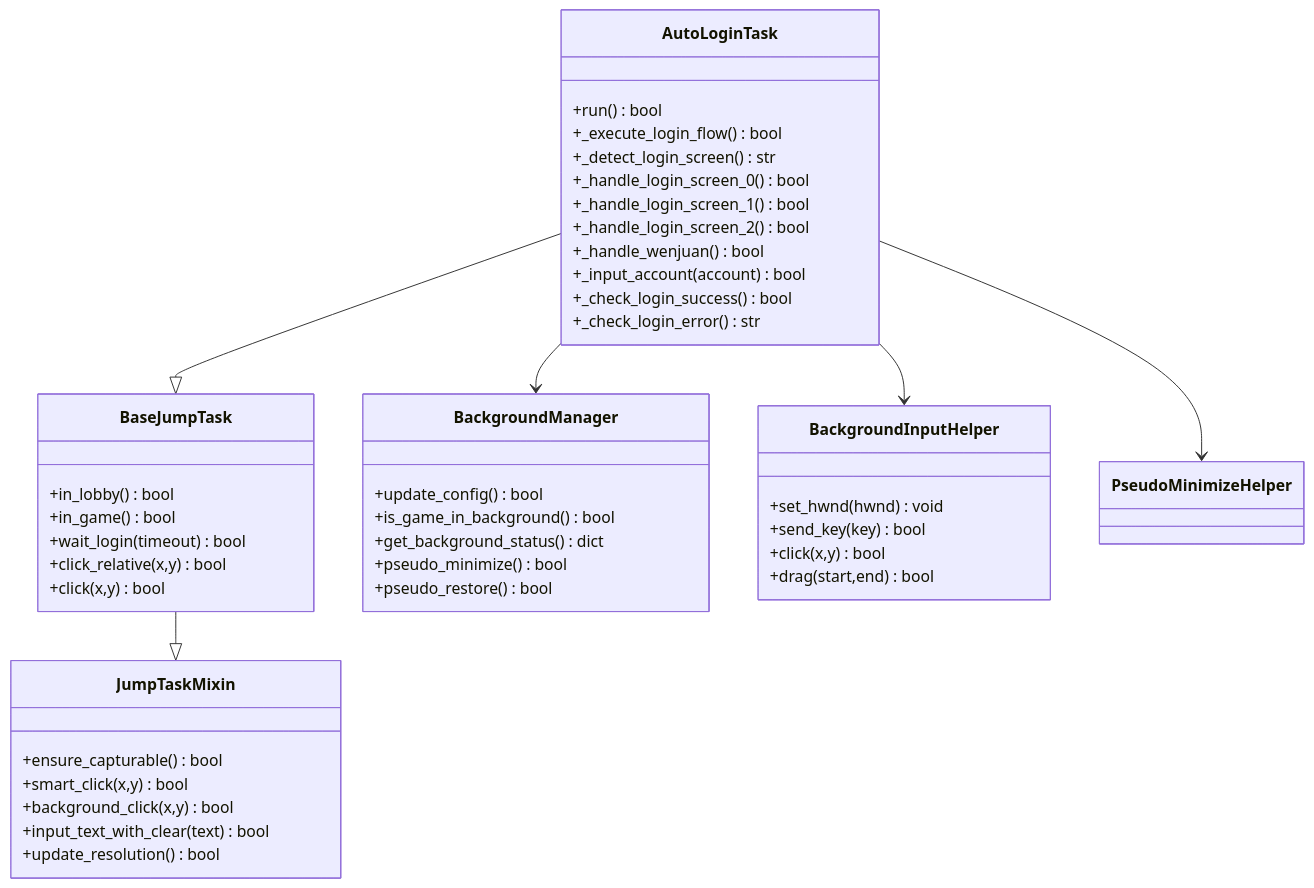
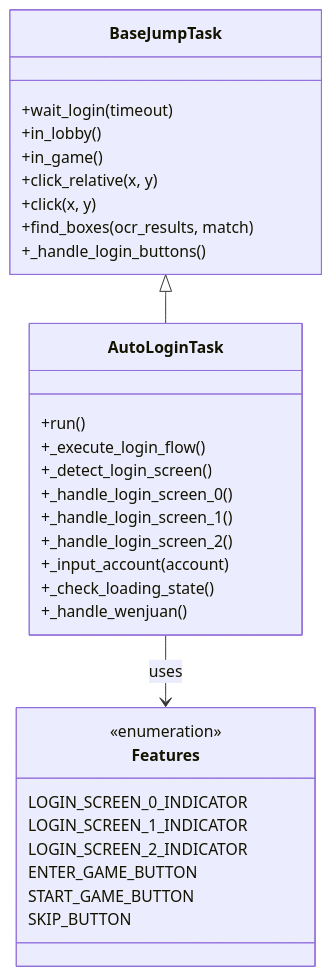
The second of 8 diagrams in .qoder/repowiki/zh/content/任务系统/自动登录任务.md (xsy098-max/ok-jump), drawn with Mermaid before and after one commit. The commit also changed other lines of this file and 216 other files, not shown here.

````diff
--- a/.qoder/repowiki/zh/content/任务系统/自动登录任务.md
+++ b/.qoder/repowiki/zh/content/任务系统/自动登录任务.md
@@ -96,47 +91,34 @@
 ```mermaid
 classDiagram
+class BaseJumpTask {
++wait_login(timeout)
++in_lobby()
++in_game()
++click_relative(x, y)
++click(x, y)
++find_boxes(ocr_results, match)
++_handle_login_buttons()
+}
 class AutoLoginTask {
-+run() bool
-+_execute_login_flow() bool
-+_detect_login_screen() str
-+_handle_login_screen_0() bool
-+_handle_login_screen_1() bool
-+_handle_login_screen_2() bool
-+_handle_wenjuan() bool
-+_input_account(account) bool
-+_check_login_success() bool
-+_check_login_error() str
++run()
++_execute_login_flow()
++_detect_login_screen()
++_handle_login_screen_0()
++_handle_login_screen_1()
++_handle_login_screen_2()
++_input_account(account)
++_check_loading_state()
++_handle_wenjuan()
 }
-class BaseJumpTask {
-+in_lobby() bool
-+in_game() bool
-+wait_login(timeout) bool
-+click_relative(x,y) bool
-+click(x,y) bool
+class Features {
+<<enumeration>>
+LOGIN_SCREEN_0_INDICATOR
+LOGIN_SCREEN_1_INDICATOR
+LOGIN_SCREEN_2_INDICATOR
+ENTER_GAME_BUTTON
+START_GAME_BUTTON
+SKIP_BUTTON
 }
-class JumpTaskMixin {
-+ensure_capturable() bool
-+smart_click(x,y) bool
-+background_click(x,y) bool
-+input_text_with_clear(text) bool
-+update_resolution() bool
-}
-class BackgroundManager {
-+update_config() bool
-+is_game_in_background() bool
-+get_background_status() dict
-+pseudo_minimize() bool
-+pseudo_restore() bool
-}
-class BackgroundInputHelper {
-+set_hwnd(hwnd) void
-+send_key(key) bool
-+click(x,y) bool
-+drag(start,end) bool
-}
-AutoLoginTask --|> BaseJumpTask
-BaseJumpTask --|> JumpTaskMixin
-AutoLoginTask --> BackgroundManager
-AutoLoginTask --> BackgroundInputHelper
-AutoLoginTask --> PseudoMinimizeHelper
+BaseJumpTask <|-- AutoLoginTask
+AutoLoginTask --> Features : uses
 ```
````
